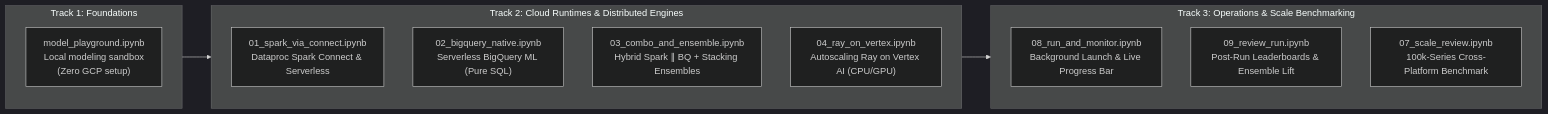
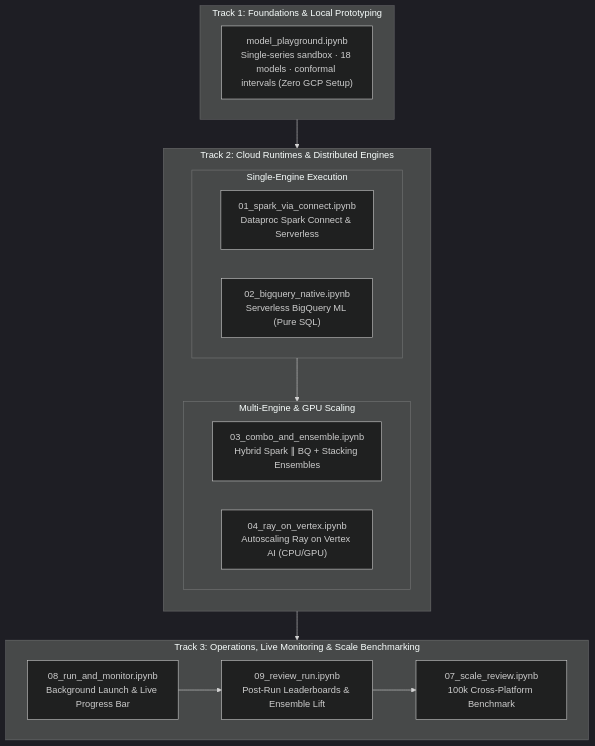
The third of 4 diagrams in README.md (statmike/scale-forecasting), drawn with Mermaid (dark theme) before and after one commit. The commit also changed other lines of this file, not shown here.

Commit message:
docs: make Mermaid diagrams vertically stacked for font readability and add Config and Extensibility sections to README

````diff
--- a/README.md
+++ b/README.md
@@ -221,18 +299,28 @@
 ```mermaid
-flowchart LR
-    subgraph Track1["Track 1: Foundations"]
-        NB0["model_playground.ipynb<br/>Local modeling sandbox<br/>(Zero GCP setup)"]
+flowchart TD
+    subgraph Track1["Track 1: Foundations & Local Prototyping"]
+        NB0["model_playground.ipynb<br/>Single-series sandbox · 18 models · conformal intervals (Zero GCP Setup)"]
     end
+
     subgraph Track2["Track 2: Cloud Runtimes & Distributed Engines"]
-        NB1["01_spark_via_connect.ipynb<br/>Dataproc Spark Connect & Serverless"]
-        NB2["02_bigquery_native.ipynb<br/>Serverless BigQuery ML (Pure SQL)"]
-        NB3["03_combo_and_ensemble.ipynb<br/>Hybrid Spark ∥ BQ + Stacking Ensembles"]
-        NB4["04_ray_on_vertex.ipynb<br/>Autoscaling Ray on Vertex AI (CPU/GPU)"]
+        direction TB
+        subgraph Single["Single-Engine Execution"]
+            direction LR
+            NB1["01_spark_via_connect.ipynb<br/>Dataproc Spark Connect & Serverless"]
+            NB2["02_bigquery_native.ipynb<br/>Serverless BigQuery ML (Pure SQL)"]
+        end
+        subgraph Multi["Multi-Engine & GPU Scaling"]
+            direction LR
+            NB3["03_combo_and_ensemble.ipynb<br/>Hybrid Spark ∥ BQ + Stacking Ensembles"]
+            NB4["04_ray_on_vertex.ipynb<br/>Autoscaling Ray on Vertex AI (CPU/GPU)"]
+        end
+        Single --> Multi
     end
-    subgraph Track3["Track 3: Operations & Scale Benchmarking"]
-        NB8["08_run_and_monitor.ipynb<br/>Background Launch & Live Progress Bar"]
-        NB9["09_review_run.ipynb<br/>Post-Run Leaderboards & Ensemble Lift"]
-        NB7["07_scale_review.ipynb<br/>100k-Series Cross-Platform Benchmark"]
+
+    subgraph Track3["Track 3: Operations, Live Monitoring & Scale Benchmarking"]
+        direction LR
+        NB8["08_run_and_monitor.ipynb<br/>Background Launch & Live Progress Bar"] --> NB9["09_review_run.ipynb<br/>Post-Run Leaderboards & Ensemble Lift"] --> NB7["07_scale_review.ipynb<br/>100k Cross-Platform Benchmark"]
     end
+
     Track1 --> Track2 --> Track3
 ```
````
